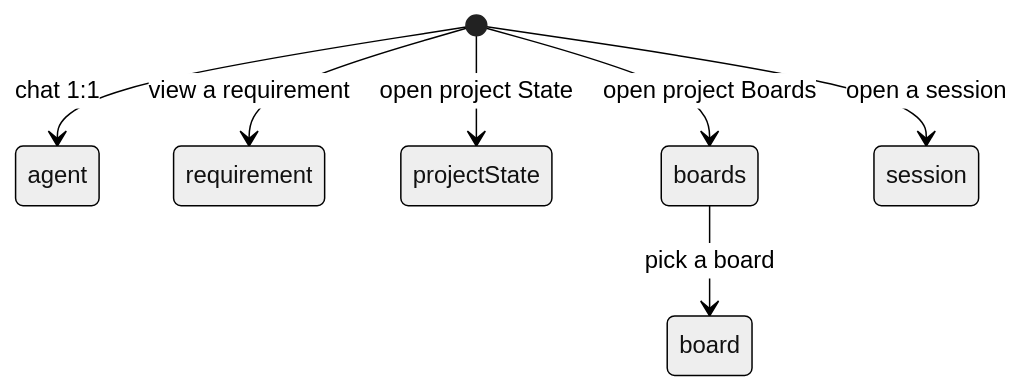
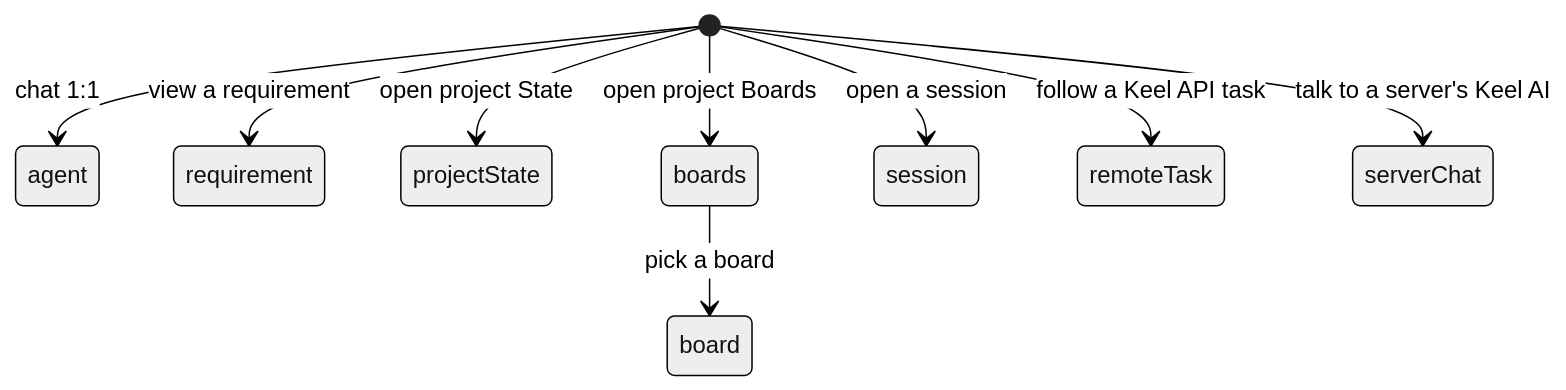
The second of 2 diagrams in docs/product/02-front-end-and-navigation.md (JhonaCodes/keel-ui), drawn with Mermaid (neutral theme) before and after one commit. The commit also changed other lines of this file and 53 other files, not shown here.

First line of the commit message:
feat: keel-ui can connect to your own Keel API as a client (#20)

````diff
--- a/docs/product/02-front-end-and-navigation.md
+++ b/docs/product/02-front-end-and-navigation.md
@@ -41,9 +41,11 @@
 ```mermaid
 stateDiagram-v2
     [*] --> agent: chat 1:1
     [*] --> requirement: view a requirement
     [*] --> projectState: open project State
     [*] --> boards: open project Boards
     boards --> board: pick a board
     [*] --> session: open a session
+    [*] --> remoteTask: follow a Keel API task
+    [*] --> serverChat: talk to a server's Keel AI
 ```
````
